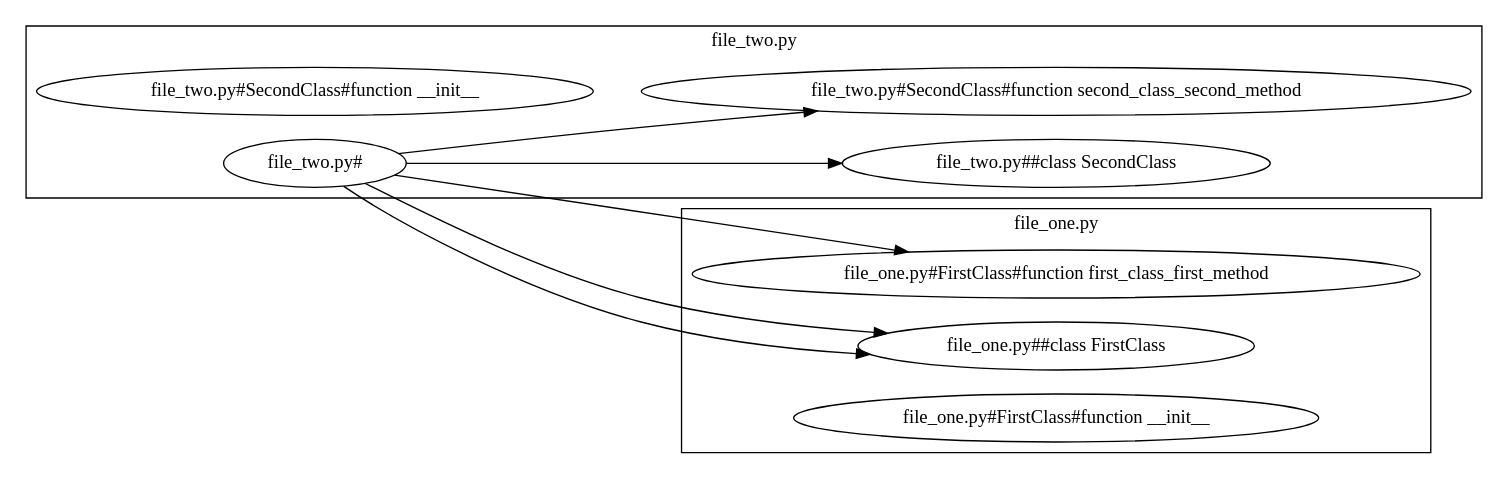
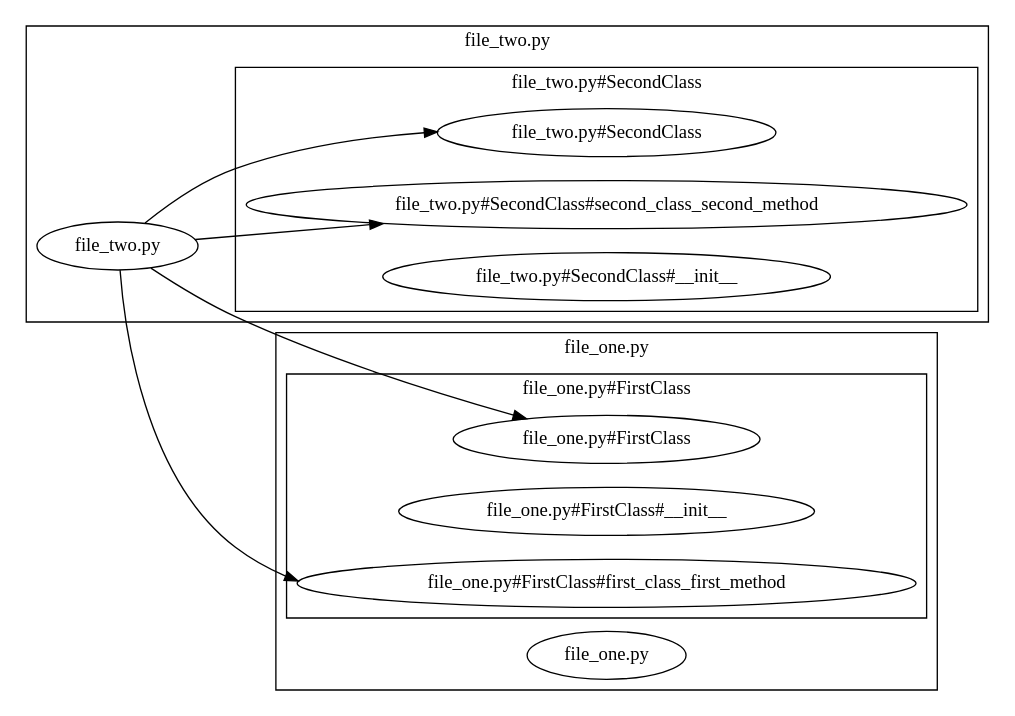
The diagram in examples/two_files/code_blocks.gv (selfint/CodeBlocks), drawn with Graphviz before and after one commit. The commit also changed 7 other files, not shown here.

```diff
--- a/examples/two_files/code_blocks.gv
+++ b/examples/two_files/code_blocks.gv
@@ -1,27 +1,30 @@
 digraph G {
 	graph [rankdir=LR]
-	subgraph "cluster_file_two.py" {
-		graph [rankdir=LR]
-		graph [label="file_two.py"]
-		"file_two.py#SecondClass#__init__" [label="file_two.py#SecondClass#function __init__"]
-		"file_two.py##SecondClass" [label="file_two.py##class SecondClass"]
-		"file_two.py#SecondClass#second_class_second_method" [label="file_two.py#SecondClass#function second_class_second_method"]
-		"file_two.py#" [label="file_two.py#"]
-		"file_two.py#" [label="file_two.py#"]
-		"file_two.py#" [label="file_two.py#"]
-		"file_two.py#" [label="file_two.py#"]
-		"file_two.py#" [label="file_two.py#"]
+	{
+		graph [label="" rankdir=LR]
+		subgraph "cluster_file_two.py" {
+			graph [label="file_two.py" rankdir=LR]
+			"file_two.py" [label="file_two.py"]
+			subgraph "cluster_file_two.py#SecondClass" {
+				graph [label="file_two.py#SecondClass" rankdir=LR]
+				"file_two.py#SecondClass" [label="file_two.py#SecondClass"]
+				"file_two.py#SecondClass#second_class_second_method" [label="file_two.py#SecondClass#second_class_second_method"]
+				"file_two.py#SecondClass#__init__" [label="file_two.py#SecondClass#__init__"]
+			}
+		}
+		subgraph "cluster_file_one.py" {
+			graph [label="file_one.py" rankdir=LR]
+			"file_one.py" [label="file_one.py"]
+			subgraph "cluster_file_one.py#FirstClass" {
+				graph [label="file_one.py#FirstClass" rankdir=LR]
+				"file_one.py#FirstClass" [label="file_one.py#FirstClass"]
+				"file_one.py#FirstClass#__init__" [label="file_one.py#FirstClass#__init__"]
+				"file_one.py#FirstClass#first_class_first_method" [label="file_one.py#FirstClass#first_class_first_method"]
+			}
+		}
 	}
-	subgraph "cluster_file_one.py" {
-		graph [rankdir=LR]
-		graph [label="file_one.py"]
-		"file_one.py#FirstClass#first_class_first_method" [label="file_one.py#FirstClass#function first_class_first_method"]
-		"file_one.py##FirstClass" [label="file_one.py##class FirstClass"]
-		"file_one.py#FirstClass#__init__" [label="file_one.py#FirstClass#function __init__"]
-	}
-	"file_two.py#" -> "file_two.py#SecondClass#second_class_second_method"
-	"file_two.py#" -> "file_two.py##SecondClass"
-	"file_two.py#" -> "file_one.py#FirstClass#first_class_first_method"
-	"file_two.py#" -> "file_one.py##FirstClass"
-	"file_two.py#" -> "file_one.py##FirstClass"
+	"file_two.py" -> "file_two.py#SecondClass"
+	"file_two.py" -> "file_one.py#FirstClass"
+	"file_two.py" -> "file_one.py#FirstClass#first_class_first_method"
+	"file_two.py" -> "file_two.py#SecondClass#second_class_second_method"
 }
```
